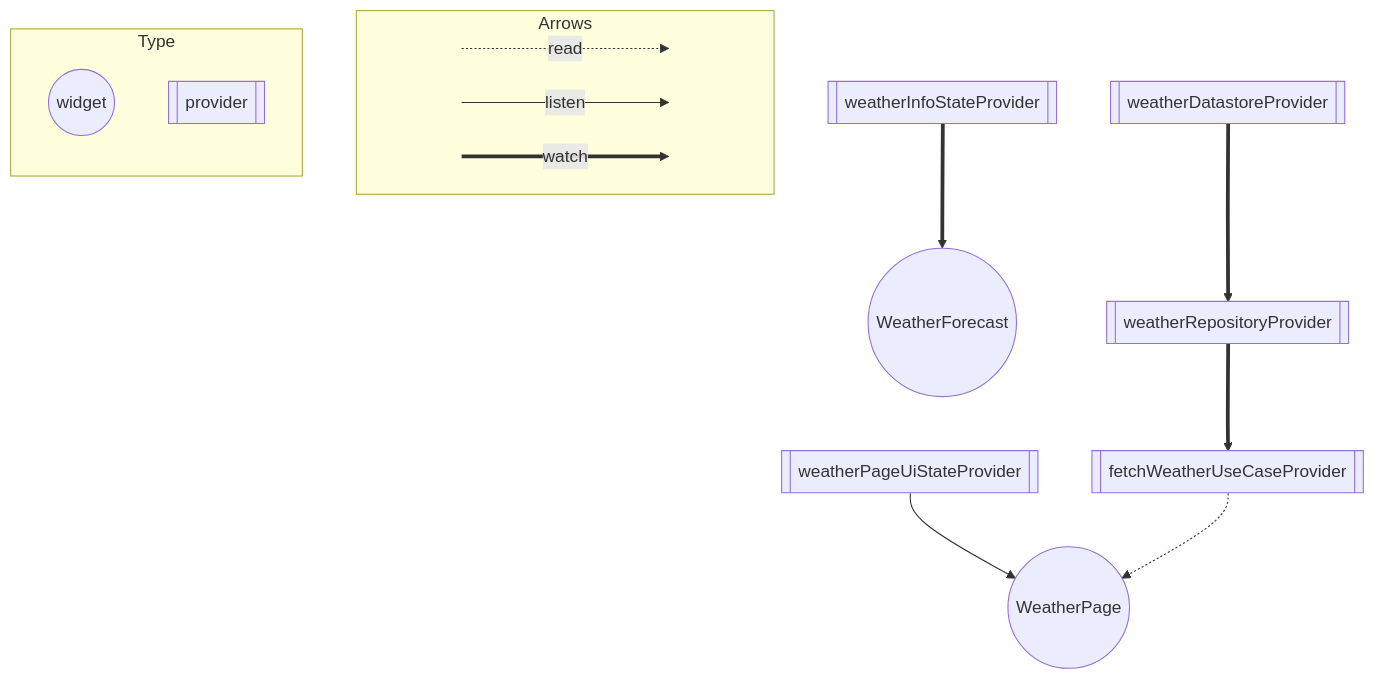
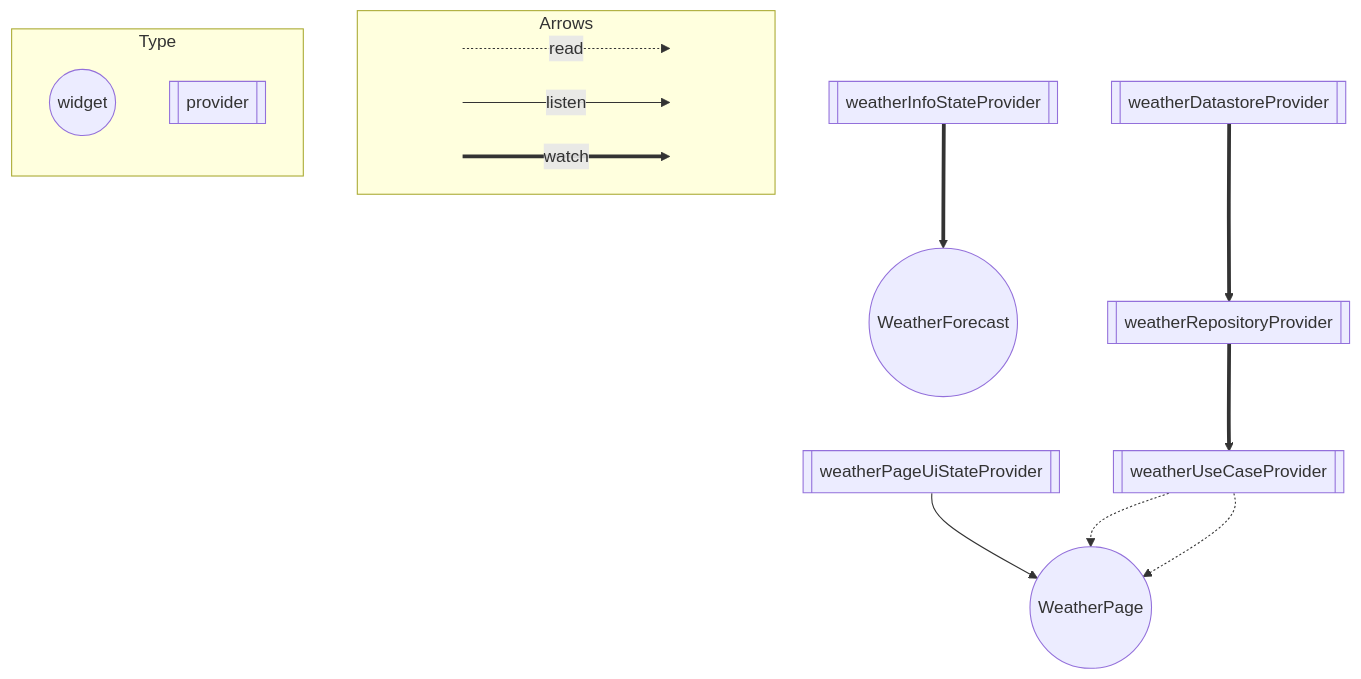
One commit to morikann/flutter_training changed the third of 3 diagrams in docs/ARCHITECTURE.md. Above: the diagram before and after it, drawn with Mermaid. The commit also changed 1 other file, not shown here.

````diff
--- a/docs/ARCHITECTURE.md
+++ b/docs/ARCHITECTURE.md
@@ -84,33 +84,34 @@
 ```mermaid
 flowchart TB
   subgraph Arrows
     direction LR
     start1[ ] -..->|read| stop1[ ]
     style start1 height:0px;
     style stop1 height:0px;
     start2[ ] --->|listen| stop2[ ]
     style start2 height:0px;
     style stop2 height:0px; 
     start3[ ] ===>|watch| stop3[ ]
     style start3 height:0px;
     style stop3 height:0px; 
   end
 
   subgraph Type
     direction TB
     ConsumerWidget((widget));
     Provider[[provider]];
   end
   WeatherForecast((WeatherForecast));
   weatherInfoStateProvider ==> WeatherForecast;
   WeatherPage((WeatherPage));
   weatherPageUiStateProvider --> WeatherPage;
-  fetchWeatherUseCaseProvider -.-> WeatherPage;
+  weatherUseCaseProvider -.-> WeatherPage;
+  weatherUseCaseProvider -.-> WeatherPage;
+  weatherInfoStateProvider[[weatherInfoStateProvider]];
+  weatherPageUiStateProvider[[weatherPageUiStateProvider]];
+  weatherUseCaseProvider[[weatherUseCaseProvider]];
+  weatherRepositoryProvider ==> weatherUseCaseProvider;
   weatherRepositoryProvider[[weatherRepositoryProvider]];
   weatherDatastoreProvider ==> weatherRepositoryProvider;
   weatherDatastoreProvider[[weatherDatastoreProvider]];
-  weatherInfoStateProvider[[weatherInfoStateProvider]];
-  weatherPageUiStateProvider[[weatherPageUiStateProvider]];
-  fetchWeatherUseCaseProvider[[fetchWeatherUseCaseProvider]];
-  weatherRepositoryProvider ==> fetchWeatherUseCaseProvider;
 ```
````
